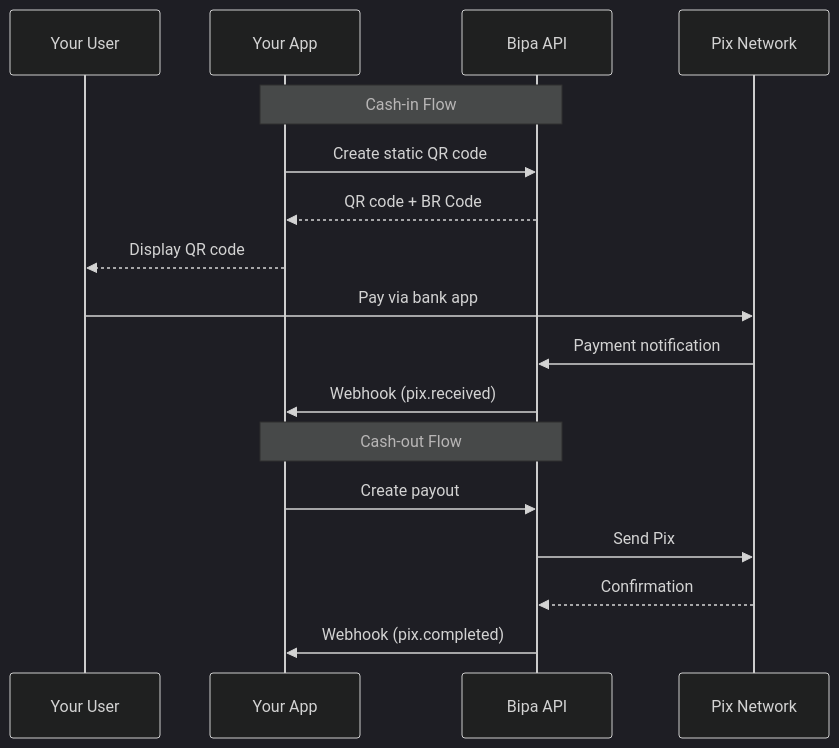
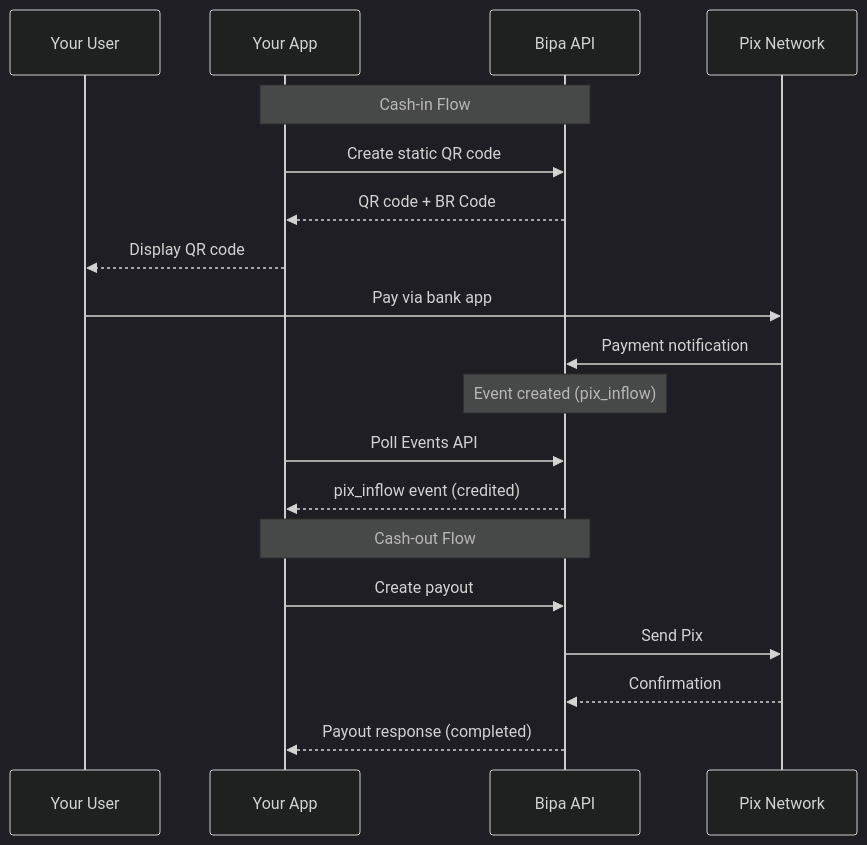
The diagram in api-reference/pix/overview.mdx (bipa-app/docs), drawn with Mermaid (dark theme) before and after one commit. The commit also changed other lines of this file and 25 other files, not shown here.

````diff
--- a/api-reference/pix/overview.mdx
+++ b/api-reference/pix/overview.mdx
@@ -26,21 +26,23 @@
 ```mermaid
 sequenceDiagram
     participant User as Your User
     participant App as Your App
     participant Bipa as Bipa API
     participant Pix as Pix Network
 
     Note over App,Bipa: Cash-in Flow
     App->>Bipa: Create static QR code
     Bipa-->>App: QR code + BR Code
     App-->>User: Display QR code
     User->>Pix: Pay via bank app
     Pix->>Bipa: Payment notification
-    Bipa->>App: Webhook (pix.received)
+    Note over Bipa: Event created (pix_inflow)
+    App->>Bipa: Poll Events API
+    Bipa-->>App: pix_inflow event (credited)
 
     Note over App,Bipa: Cash-out Flow
     App->>Bipa: Create payout
     Bipa->>Pix: Send Pix
     Pix-->>Bipa: Confirmation
-    Bipa->>App: Webhook (pix.completed)
+    Bipa-->>App: Payout response (completed)
 ```
````
